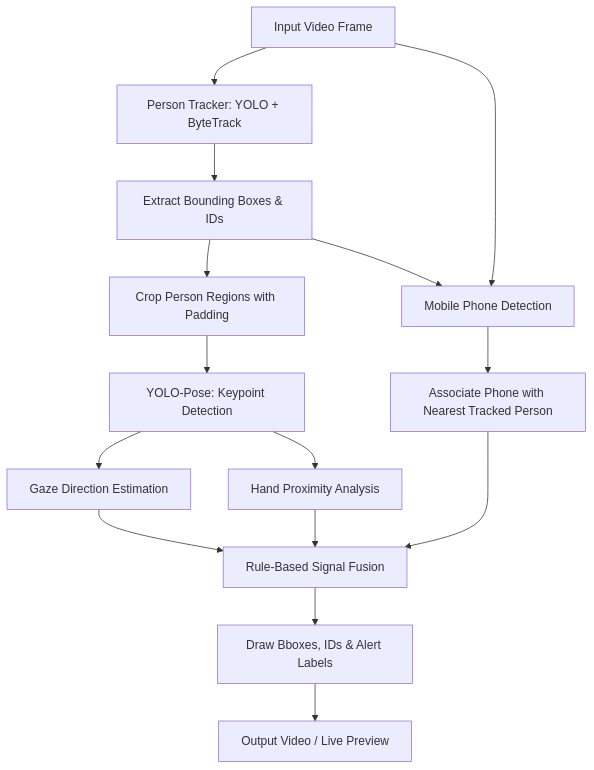
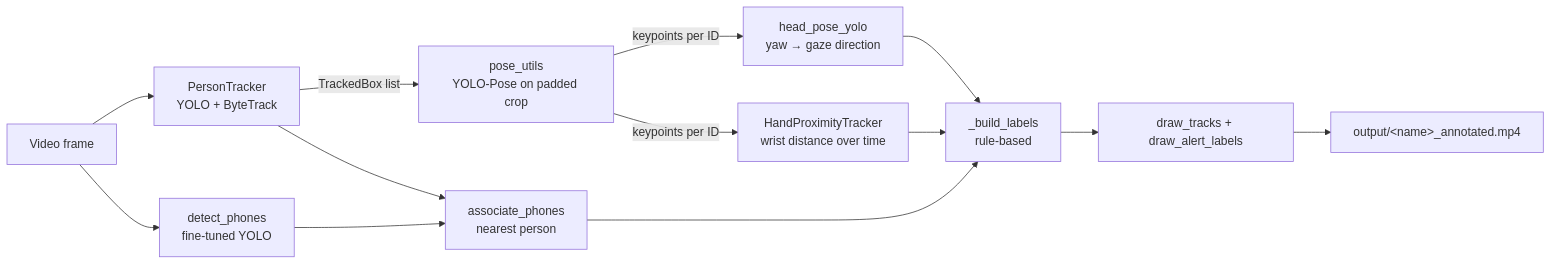
The diagram in README.md (Cabir22/Cheating_detection_in_exam), drawn with Mermaid before and after one commit. The commit also changed other lines of this file and 3 other files, not shown here.

````diff
--- a/README.md
+++ b/README.md
@@ -36,14 +39,13 @@
 ```mermaid
-flowchart TD
-    A[Input Video Frame] --> B[Person Tracker: YOLO + ByteTrack]
-    B --> C[Extract Bounding Boxes & IDs]
-    C --> D[Crop Person Regions with Padding]
-    D --> E[YOLO-Pose: Keypoint Detection]
-    E --> F[Gaze Direction Estimation]
-    E --> G[Hand Proximity Analysis]
-    C & A --> H[Mobile Phone Detection]
-    H --> I[Associate Phone with Nearest Tracked Person]
-    F & G & I --> J[Rule-Based Signal Fusion]
-    J --> K[Draw Bboxes, IDs & Alert Labels]
-    K --> L[Output Video / Live Preview]
+flowchart LR
+    A[Video frame] --> B[PersonTracker<br/>YOLO + ByteTrack]
+    B -->|TrackedBox list| C[pose_utils<br/>YOLO-Pose on padded crop]
+    C -->|keypoints per ID| D[head_pose_yolo<br/>yaw → gaze direction]
+    C -->|keypoints per ID| E[HandProximityTracker<br/>wrist distance over time]
+    A --> F[detect_phones<br/>fine-tuned YOLO]
+    B --> G[associate_phones<br/>nearest person]
+    F --> G
+    D & E & G --> H[_build_labels<br/>rule-based]
+    H --> I[draw_tracks + draw_alert_labels]
+    I --> J[output/&lt;name&gt;_annotated.mp4]
 ```
````
